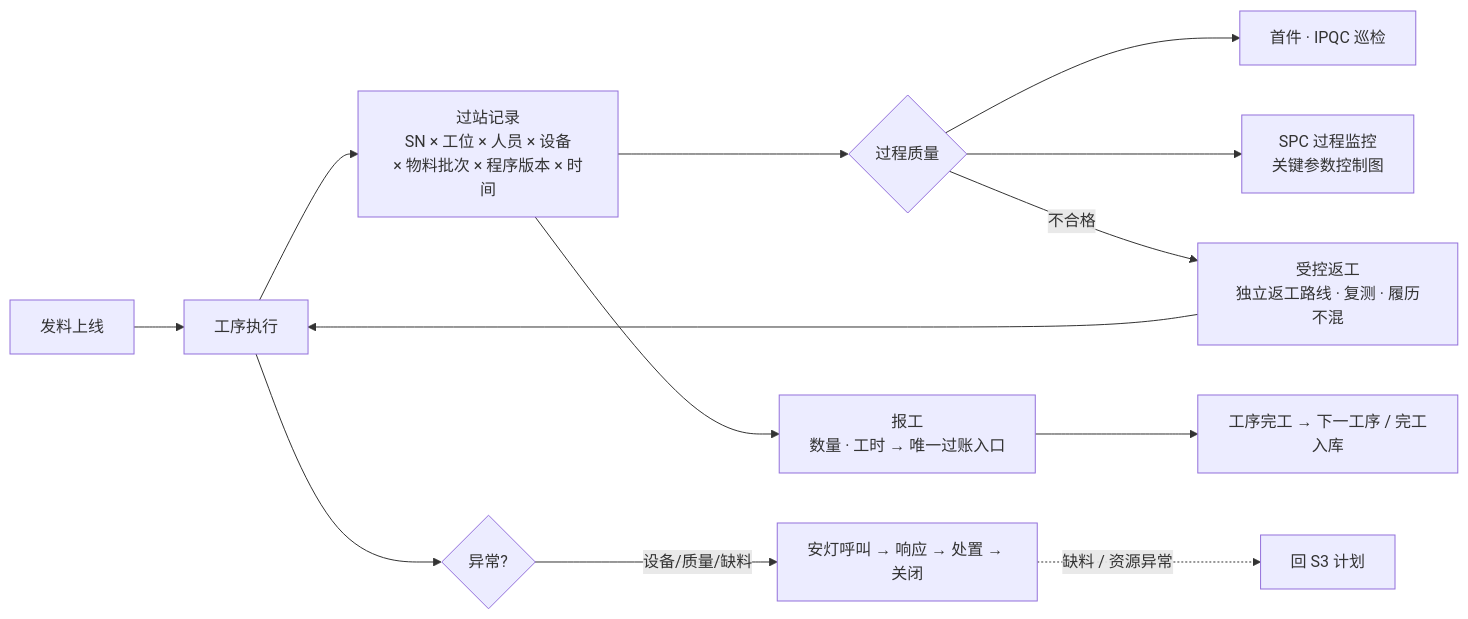
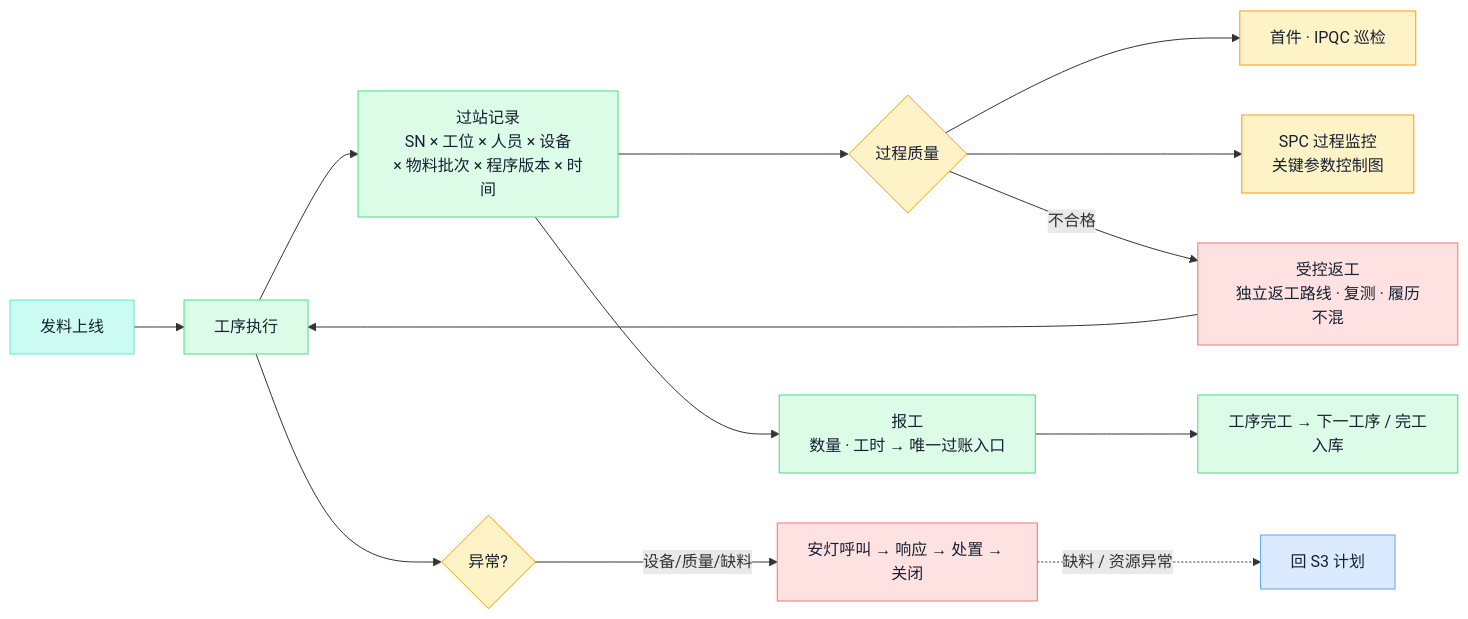
Diagram 11 of 16 in docs/manufacturing-system-handbook.md (ink-hz/AI-Manufacturing-Platform), drawn with Mermaid before and after one commit. The commit also changed other lines of this file, not shown here.

Commit message:
docs: publish maintained handbook diagram colors

````diff
--- a/docs/manufacturing-system-handbook.md
+++ b/docs/manufacturing-system-handbook.md
@@ -478,15 +589,25 @@
 ```mermaid
 flowchart LR
     A[发料上线] --> B[工序执行]
     B --> C[过站记录<br/>SN × 工位 × 人员 × 设备<br/>× 物料批次 × 程序版本 × 时间]
     C --> D{过程质量}
     D --> D1[首件 · IPQC 巡检]
     D --> D2[SPC 过程监控<br/>关键参数控制图]
     C --> E[报工<br/>数量 · 工时 → 唯一过账入口]
     B --> F{异常?}
     F -->|设备/质量/缺料| G[安灯呼叫 → 响应 → 处置 → 关闭]
     D -->|不合格| H[受控返工<br/>独立返工路线 · 复测 · 履历不混]
     H --> B
     E --> I[工序完工 → 下一工序 / 完工入库]
     G -.缺料 / 资源异常.-> S3[回 S3 计划]
+    class A flow
+    class B,C,E,I exec
+    class D,D1,D2,F qa
+    class G,H risk
+    class S3 biz
+    classDef flow fill:#CCFBF1,stroke:#5EEAD4,color:#172033;
+    classDef exec fill:#DCFCE7,stroke:#4ADE80,color:#172033;
+    classDef qa fill:#FEF3C7,stroke:#F59E0B,color:#172033;
+    classDef risk fill:#FEE2E2,stroke:#F87171,color:#172033;
+    classDef biz fill:#DBEAFE,stroke:#60A5FA,color:#172033;
 ```
````
